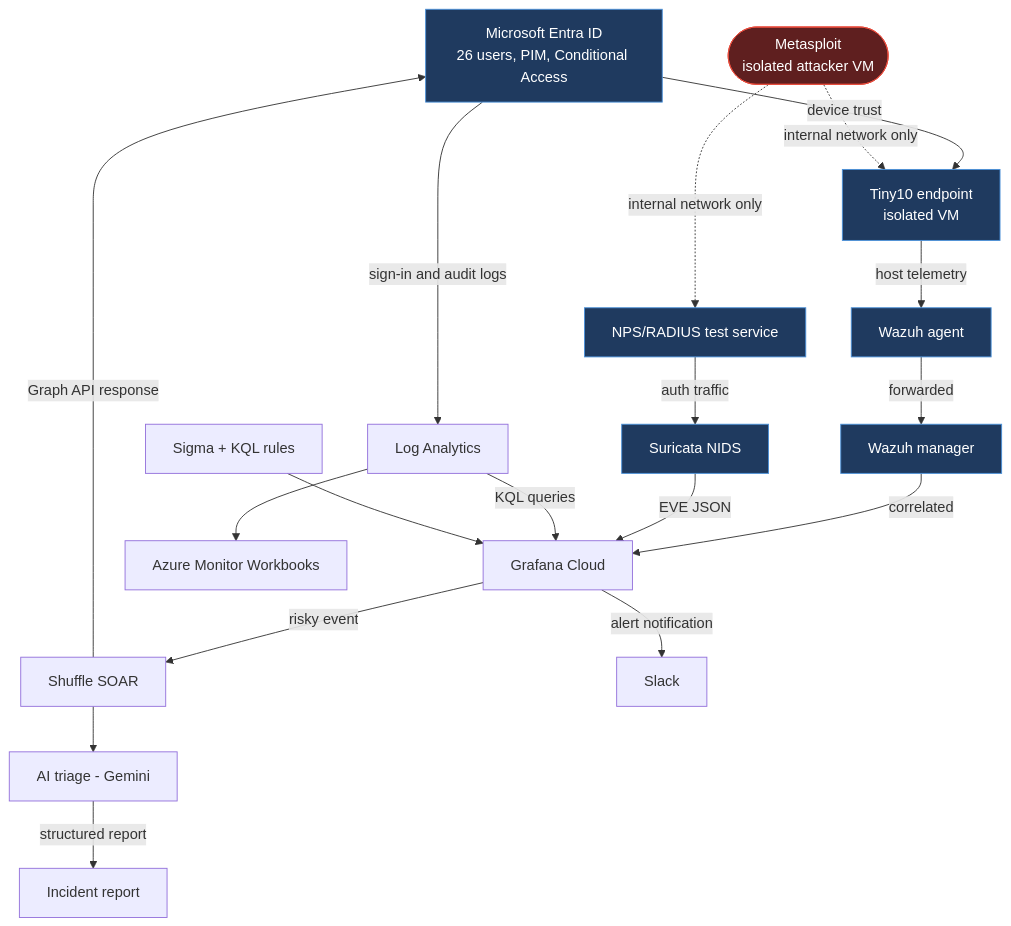
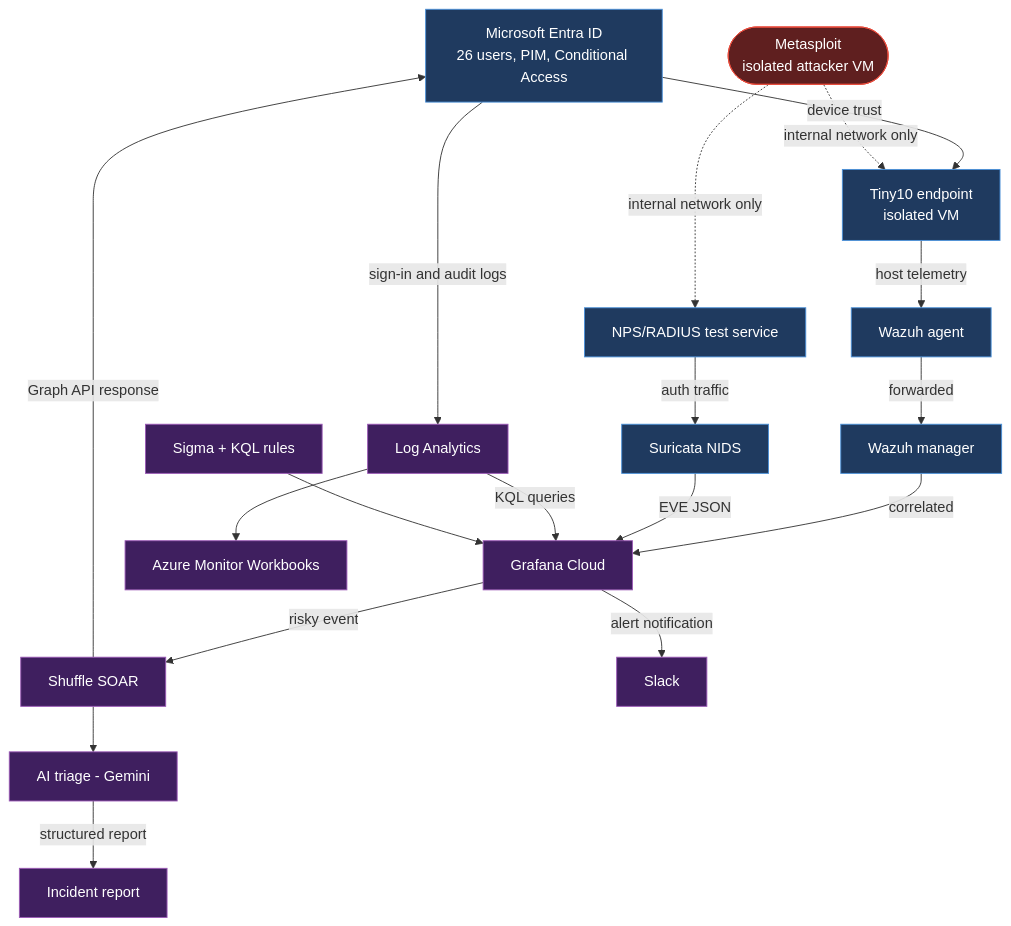
Before and after one commit to TeeLaReina/Wardenix: the diagram in docs/architecture.md, drawn with Mermaid.

````diff
--- a/docs/architecture.md
+++ b/docs/architecture.md
@@ -9,31 +9,31 @@
 ```mermaid
 flowchart TD
     Entra["Microsoft Entra ID<br/>26 users, PIM, Conditional Access"] -->|sign-in and audit logs| LogAnalytics["Log Analytics"]
     Entra -->|device trust| Endpoint["Tiny10 endpoint<br/>isolated VM"]
 
     Attacker(["Metasploit<br/>isolated attacker VM"]) -.->|internal network only| Endpoint
     Endpoint -->|host telemetry| WazuhAgent["Wazuh agent"]
     WazuhAgent -->|forwarded| WazuhManager["Wazuh manager"]
 
     RADIUS["NPS/RADIUS test service"] -->|auth traffic| Suricata["Suricata NIDS"]
     Attacker -.->|internal network only| RADIUS
 
     WazuhManager -->|correlated| Grafana["Grafana Cloud"]
     Suricata -->|EVE JSON| Grafana
     LogAnalytics -->|KQL queries| Grafana
     LogAnalytics --> Workbooks["Azure Monitor Workbooks"]
 
     Detections["Sigma + KQL rules"] --> Grafana
     Grafana -->|risky event| Shuffle["Shuffle SOAR"]
     Grafana -->|alert notification| Slack["Slack"]
     Shuffle -->|Graph API response| Entra
     Shuffle --> AITriage["AI triage - Gemini"]
     AITriage -->|structured report| Report["Incident report"]
 
     classDef engineer fill:#1f3a5f,stroke:#4a90d9,color:#fff;
     classDef analyst fill:#3f1f5f,stroke:#9b59b6,color:#fff;
     classDef threat fill:#5f1f1f,stroke:#e74c3c,color:#fff;
     class Entra,Endpoint,WazuhAgent,WazuhManager,RADIUS,Suricata engineer;
-    class LogAnalytics,Grafana,Detections,Workbooks,Shuffle,AITriage,Report analyst,Slack;
+    class LogAnalytics,Grafana,Detections,Workbooks,Shuffle,AITriage,Report,Slack analyst;
     class Attacker threat;
 ```
````
